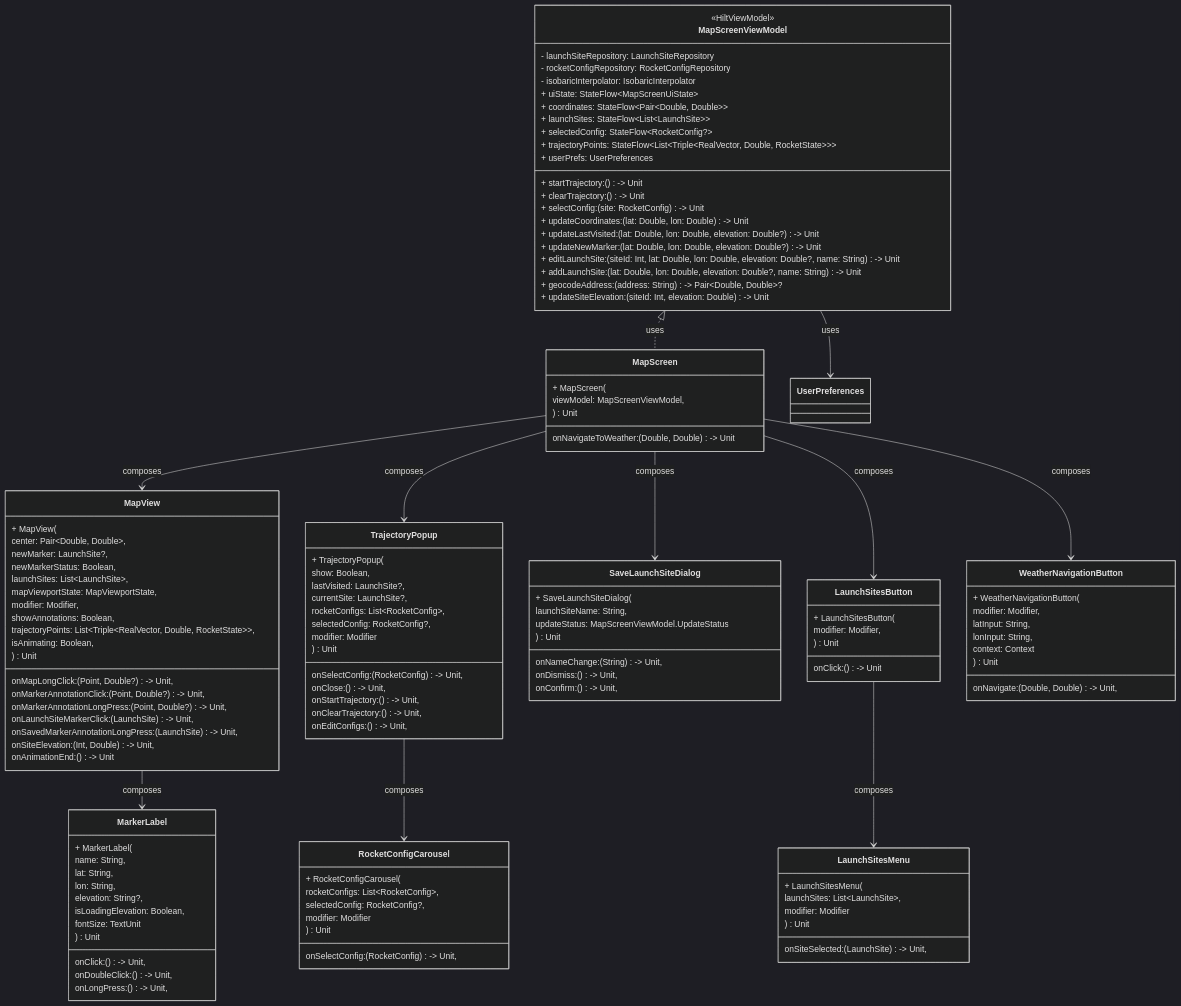
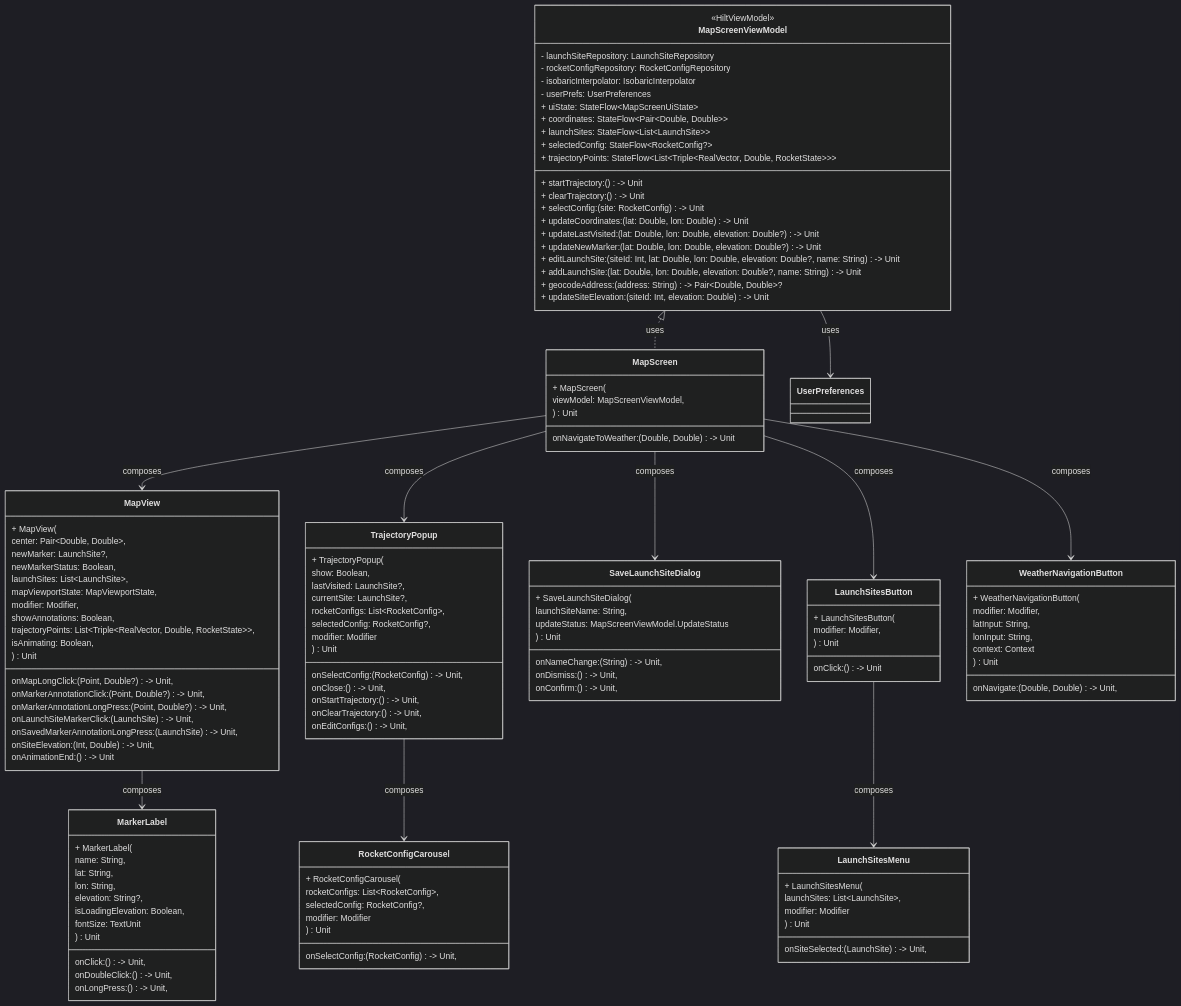
One commit to insaafmah/SOAR changed diagram 11 of 18 in MODELING.md. Above: the diagram before and after it, drawn with Mermaid (dark theme). The commit also changed other lines of this file, not shown here.

```diff
--- a/MODELING.md
+++ b/MODELING.md
@@ -897,6 +897,7 @@
         - launchSiteRepository: LaunchSiteRepository
         - rocketConfigRepository: RocketConfigRepository
         - isobaricInterpolator: IsobaricInterpolator
+	- userPrefs: UserPreferences
         + uiState: StateFlow&lt;MapScreenUiState&gt;
         + coordinates: StateFlow&lt;Pair&lt;Double, Double&gt;&gt;
         + launchSites: StateFlow&lt;List&lt;LaunchSite&gt;&gt;
@@ -912,7 +913,7 @@
         + addLaunchSite: (lat: Double, lon: Double, elevation: Double?, name: String) -> Unit
         + geocodeAddress: (address: String) -> Pair&lt;Double, Double&gt;?
         + updateSiteElevation: (siteId: Int, elevation: Double) -> Unit
-        + userPrefs: UserPreferences
+        
     }
 
     class MapScreen {
```
